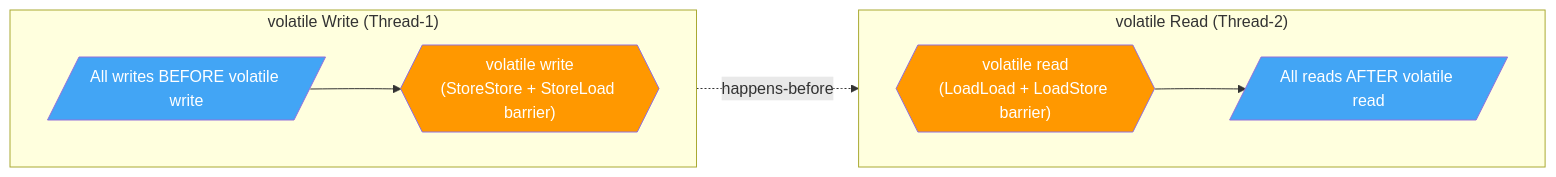
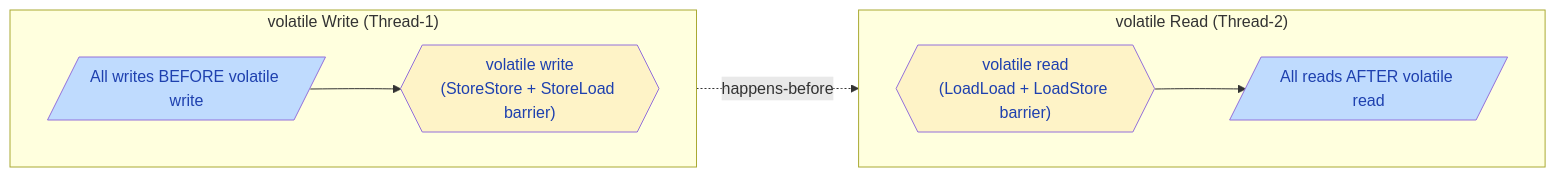
Before and after one commit to saivamsikaruturi/vamsilabs-dev-notes-main: the fourth of 7 diagrams in docs/java/JavaMemoryModel.md, drawn with Mermaid. The commit also changed other lines of this file and 220 other files, not shown here.

First line of the commit message:
Add 50+ new Java/Spring Boot pages, rewrite CSS code blocks to Oracle style, fix all diagram colors

````diff
--- a/docs/java/JavaMemoryModel.md
+++ b/docs/java/JavaMemoryModel.md
@@ -192,19 +192,19 @@
 ```mermaid
 flowchart LR
     subgraph "volatile Write (Thread-1)"
         direction LR
         VW1[/"All writes BEFORE volatile write"/] --> VW2{{"volatile write<br/>(StoreStore + StoreLoad barrier)"}}
     end
 
     subgraph "volatile Read (Thread-2)"
         direction LR
         VR1{{"volatile read<br/>(LoadLoad + LoadStore barrier)"}} --> VR2[/"All reads AFTER volatile read"/]
     end
 
     VW2 -.->|"happens-before"| VR1
 
-    style VW2 fill:#FF9800,color:#fff
-    style VR1 fill:#FF9800,color:#fff
-    style VW1 fill:#42A5F5,color:#fff
-    style VR2 fill:#42A5F5,color:#fff
+    style VW2 fill:#FEF3C7,color:#1E40AF
+    style VR1 fill:#FEF3C7,color:#1E40AF
+    style VW1 fill:#BFDBFE,color:#1E40AF
+    style VR2 fill:#BFDBFE,color:#1E40AF
 ```
````
